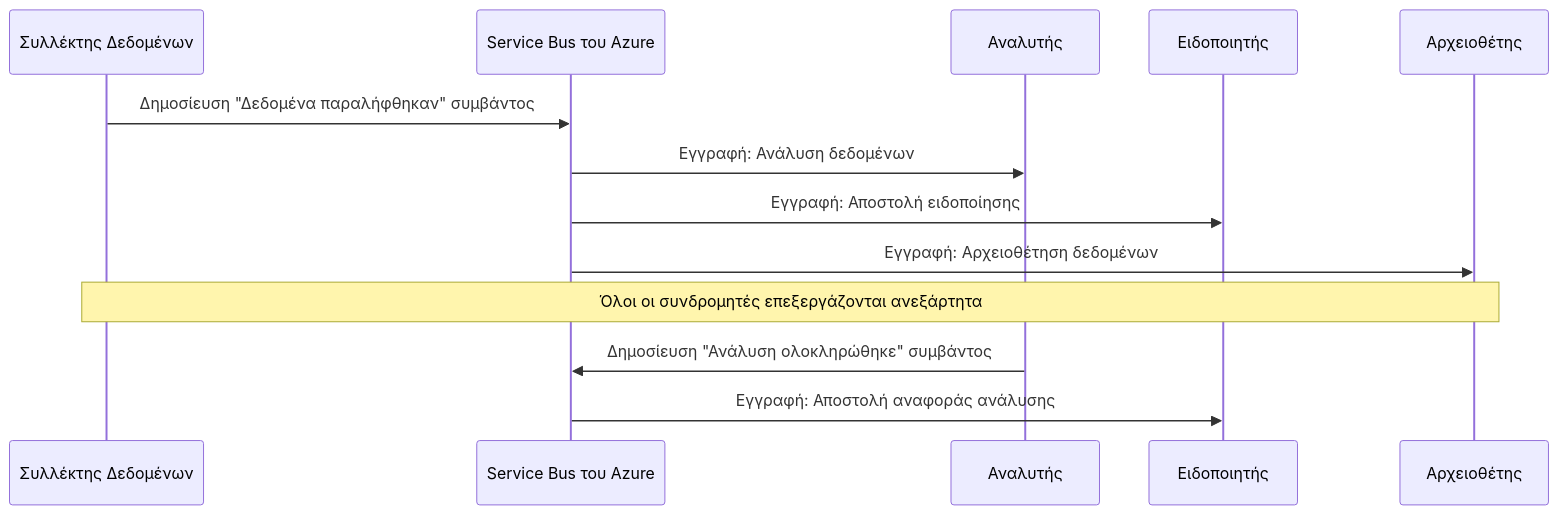
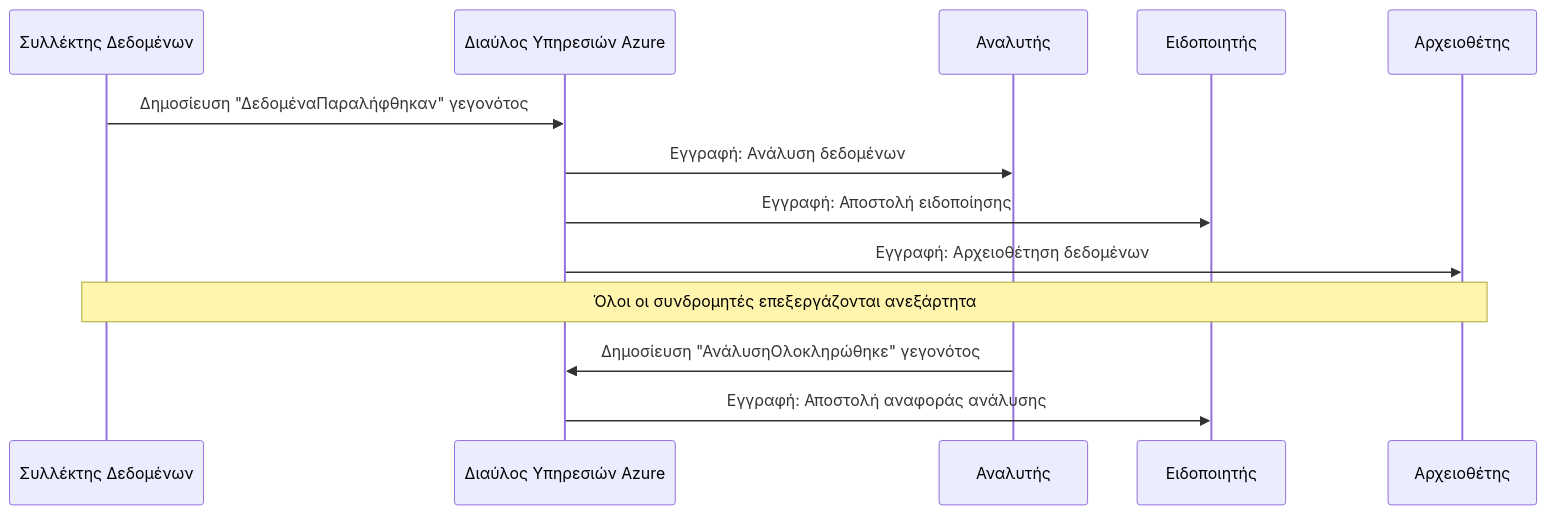
Before and after one commit to microsoft/AZD-for-beginners: the fourth of 6 diagrams in translations/el/docs/chapter-06-pre-deployment/coordination-patterns.md, drawn with Mermaid. The commit also changed other lines of this file and 101 other files, not shown here.

````diff
--- a/translations/el/docs/chapter-06-pre-deployment/coordination-patterns.md
+++ b/translations/el/docs/chapter-06-pre-deployment/coordination-patterns.md
@@ -192,18 +185,18 @@
 ```mermaid
 sequenceDiagram
     participant Agent1 as Συλλέκτης Δεδομένων
-    participant EventBus as Service Bus του Azure
+    participant EventBus as Διαύλος Υπηρεσιών Azure
     participant Agent2 as Αναλυτής
     participant Agent3 as Ειδοποιητής
     participant Agent4 as Αρχειοθέτης
     
-    Agent1->>EventBus: Δημοσίευση "Δεδομένα παραλήφθηκαν" συμβάντος
+    Agent1->>EventBus: Δημοσίευση "ΔεδομέναΠαραλήφθηκαν" γεγονότος
     EventBus->>Agent2: Εγγραφή: Ανάλυση δεδομένων
     EventBus->>Agent3: Εγγραφή: Αποστολή ειδοποίησης
     EventBus->>Agent4: Εγγραφή: Αρχειοθέτηση δεδομένων
     
     Note over Agent1,Agent4: Όλοι οι συνδρομητές επεξεργάζονται ανεξάρτητα
     
-    Agent2->>EventBus: Δημοσίευση "Ανάλυση ολοκληρώθηκε" συμβάντος
+    Agent2->>EventBus: Δημοσίευση "ΑνάλυσηΟλοκληρώθηκε" γεγονότος
     EventBus->>Agent3: Εγγραφή: Αποστολή αναφοράς ανάλυσης
 ```
````
